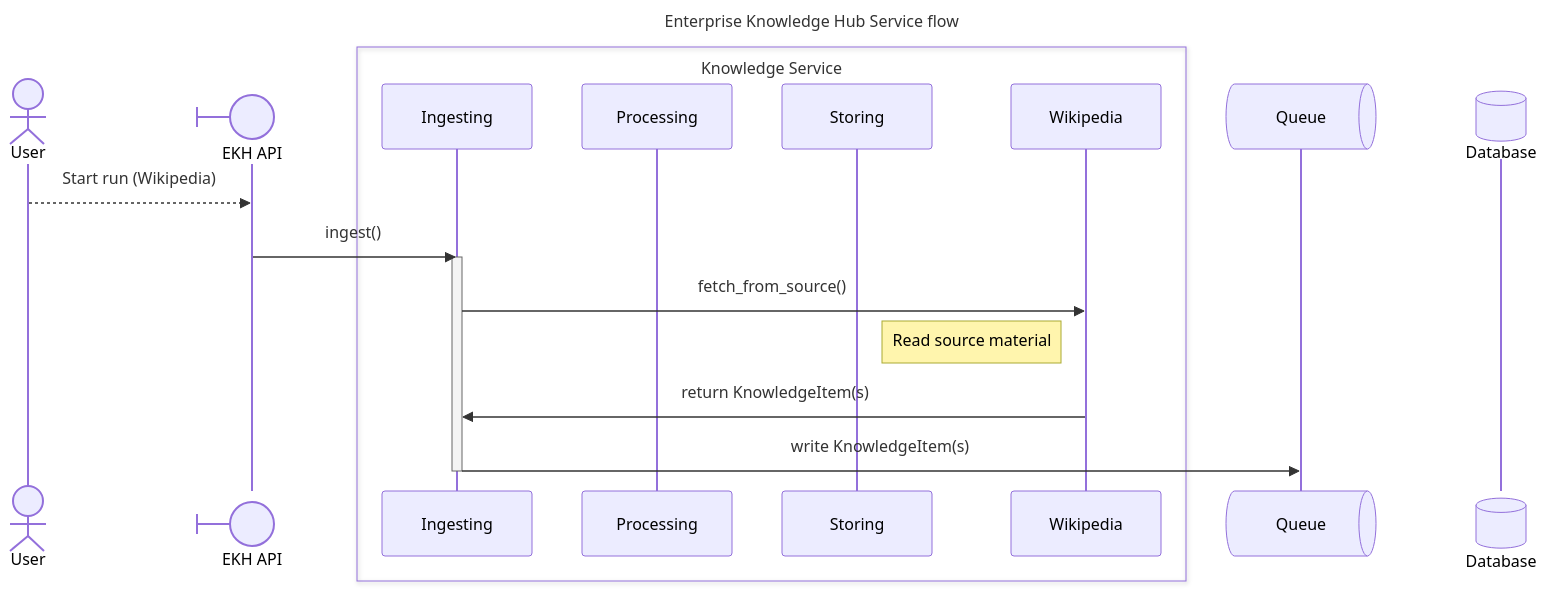
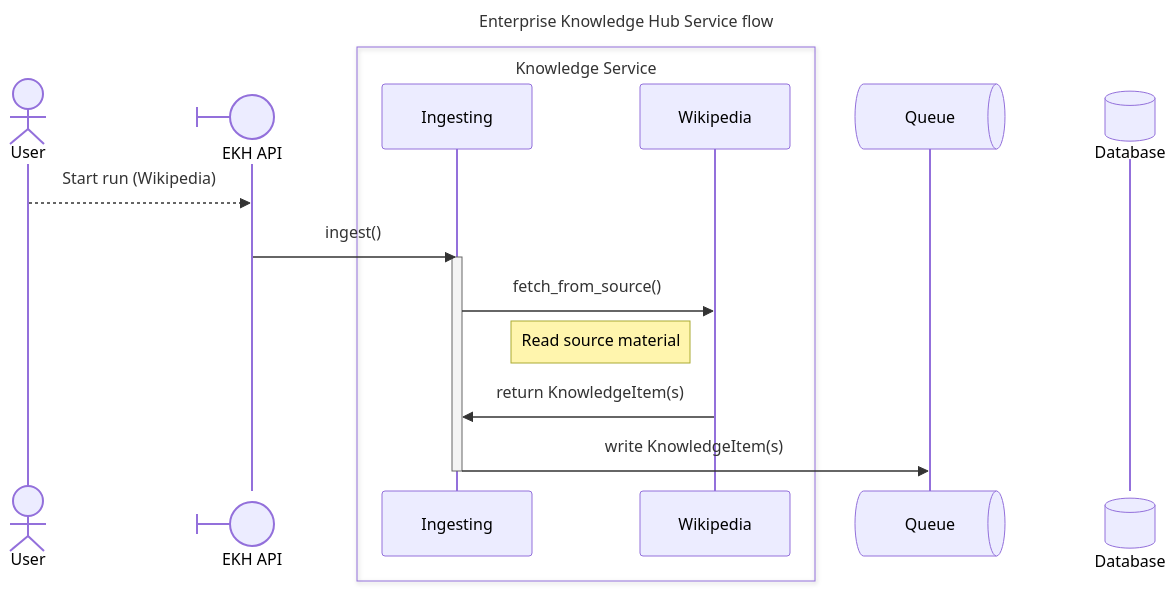
Before and after one commit to ssc-dsai/enterprise-knowledge-hub: the first of 3 diagrams in docs/mermaid-diagram.md, drawn with Mermaid. The commit also changed other lines of this file, not shown here.

````diff
--- a/docs/mermaid-diagram.md
+++ b/docs/mermaid-diagram.md
@@ -24,28 +24,26 @@
 ```mermaid
 ---
 title: Enterprise Knowledge Hub Service flow
 ---
 sequenceDiagram
     actor u as User
     participant API@{ "type": "boundary" } as EKH API
     u-->>API: Start run (Wikipedia)
 
     box Knowledge Service
     participant ingest as Ingesting
-    participant process as Processing
-    participant store as Storing
     participant impl as Wikipedia
     end
 
     participant queue@{ "type" : "queue" } as Queue
 
     participant db@{ "type": "database" } as Database
 
     API->>ingest: ingest()
     activate ingest
     ingest->>impl: fetch_from_source()
     Note left of impl: Read source material
     impl->>ingest: return KnowledgeItem(s)
     ingest->>queue: write KnowledgeItem(s)
     deactivate ingest
 ```
````
